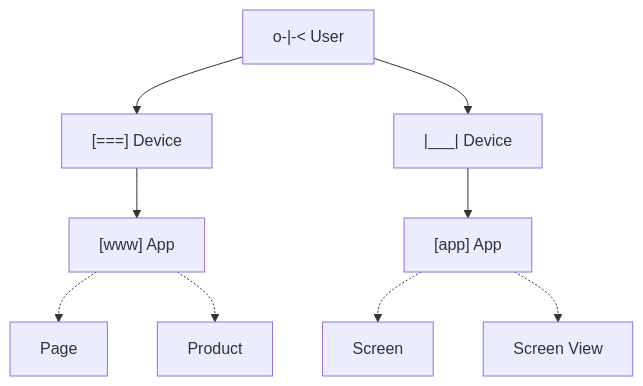
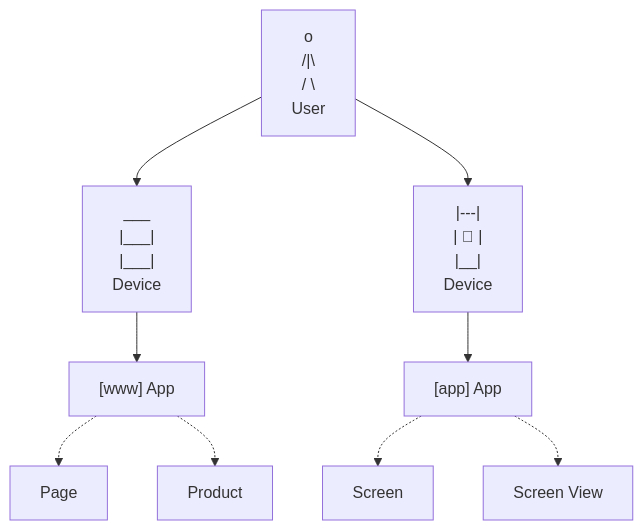
The second of 4 diagrams in docs/signals/concepts/index.md (snowplow/documentation), drawn with Mermaid before and after one commit. The commit also changed other lines of this file and 1 other file, not shown here.

````diff
--- a/docs/signals/concepts/index.md
+++ b/docs/signals/concepts/index.md
@@ -40,14 +43,14 @@
 ```mermaid
 flowchart TD
-    User["o-|-< User"] --> Device["[===] Device"]
-    User --> PhoneDevice["|___| Device"]
+    User["  o<br/> /|\ <br/> / \ <br/>User"] --> Device["  ___<br/> |___|<br/> |___|<br/>Device"]
+    User --> PhoneDevice[" |---| <br/> |    | <br/> |__| <br/>Device"]
 
     Device --> App1["[www] App"]
     PhoneDevice --> App2["[app] App"]
 
     App1 -.-> Page[Page]
     App1 -.-> Product[Product]
 
     App2 -.-> Screen[Screen]
     App2 -.-> ScreenView[Screen View]
 ```
````
